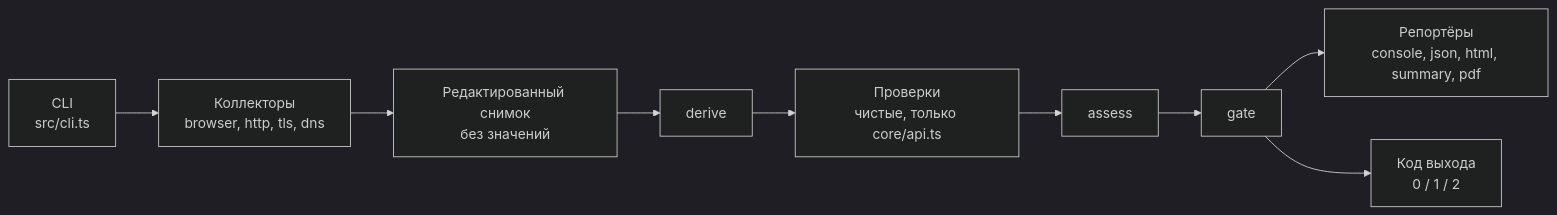
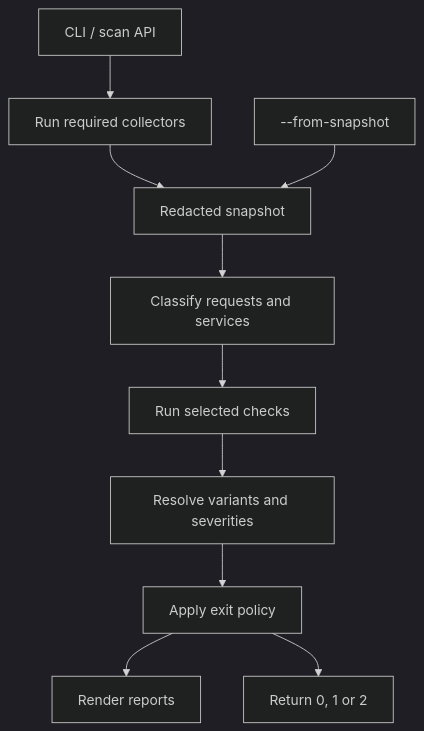
Before and after one commit to seed-factory/dsgvo-check: the first of 2 diagrams in docs/architecture.md, drawn with Mermaid (dark theme). The commit also changed other lines of this file and 228 other files, not shown here.

````diff
--- a/docs/architecture.md
+++ b/docs/architecture.md
@@ -9,11 +8,12 @@
 ```mermaid
-flowchart LR
-    CLI["CLI<br/>src/cli.ts"] --> COL["Коллекторы<br/>browser, http, tls, dns"]
-    COL --> SNAP["Редактированный снимок<br/>без значений"]
-    SNAP --> DER["derive"]
-    DER --> CHK["Проверки<br/>чистые, только core/api.ts"]
-    CHK --> ASS["assess"]
-    ASS --> GATE["gate"]
-    GATE --> REP["Репортёры<br/>console, json, html, summary, pdf"]
-    GATE --> EXIT["Код выхода<br/>0 / 1 / 2"]
+flowchart TD
+    Input["CLI / scan API"] --> Collect["Run required collectors"]
+    Collect --> Snapshot["Redacted snapshot"]
+    Replay["--from-snapshot"] --> Snapshot
+    Snapshot --> Derive["Classify requests and services"]
+    Derive --> Checks["Run selected checks"]
+    Checks --> Assess["Resolve variants and severities"]
+    Assess --> Gate["Apply exit policy"]
+    Gate --> Report["Render reports"]
+    Gate --> Exit["Return 0, 1 or 2"]
 ```
````
